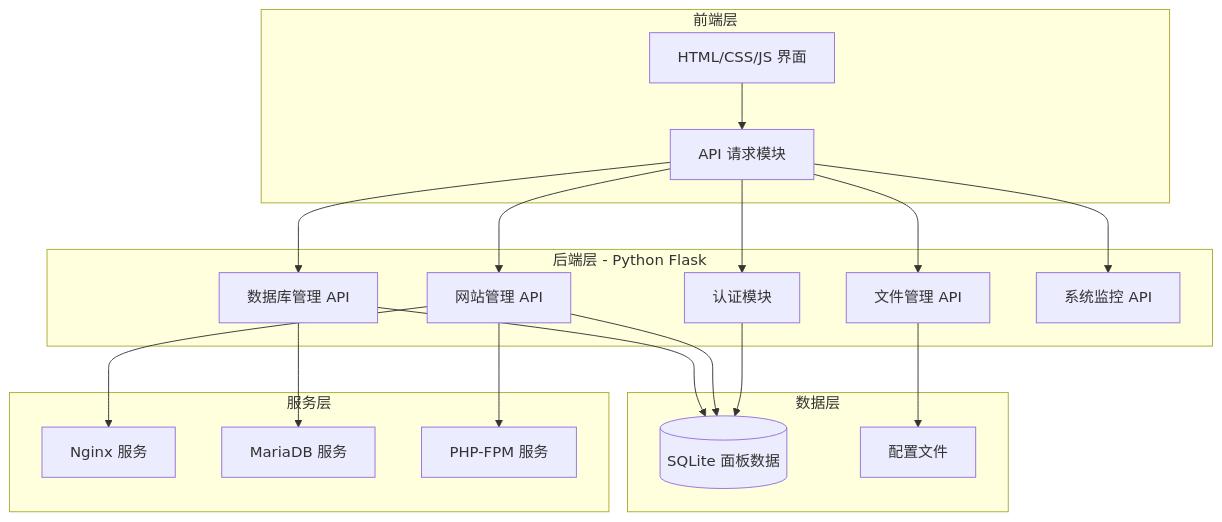
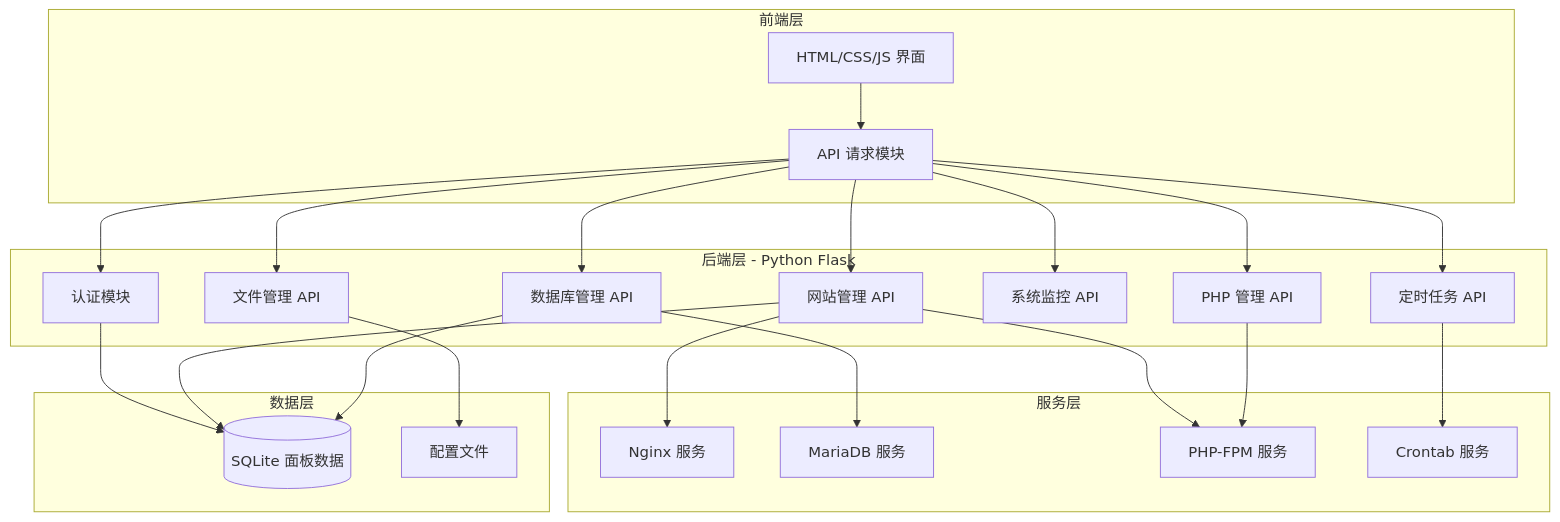
The diagram in README.md (2136206076/ZeroPanel), drawn with Mermaid before and after one commit. The commit also changed other lines of this file, not shown here.

````diff
--- a/README.md
+++ b/README.md
@@ -179,42 +245,49 @@
 ```mermaid
 flowchart TB
     subgraph Frontend[前端层]
         UI[HTML/CSS/JS 界面]
         API[API 请求模块]
     end
 
     subgraph Backend[后端层 - Python Flask]
         Auth[认证模块]
         Website[网站管理 API]
         Database[数据库管理 API]
         File[文件管理 API]
         Monitor[系统监控 API]
+        PHP[PHP 管理 API]
+        Cron[定时任务 API]
     end
 
     subgraph Services[服务层]
         Nginx[Nginx 服务]
         MariaDB[MariaDB 服务]
-        PHP[PHP-FPM 服务]
+        PHPFPM[PHP-FPM 服务]
+        Crontab[Crontab 服务]
     end
 
     subgraph Data[数据层]
         SQLite[(SQLite 面板数据)]
         Config[配置文件]
     end
 
     UI --> API
     API --> Auth
     API --> Website
     API --> Database
     API --> File
     API --> Monitor
+    API --> PHP
+    API --> Cron
 
     Website --> Nginx
-    Website --> PHP
+    Website --> PHPFPM
     Database --> MariaDB
     File --> Config
+    PHP --> PHPFPM
+    Cron --> Crontab
 
     Auth --> SQLite
     Website --> SQLite
     Database --> SQLite
 ```
````
